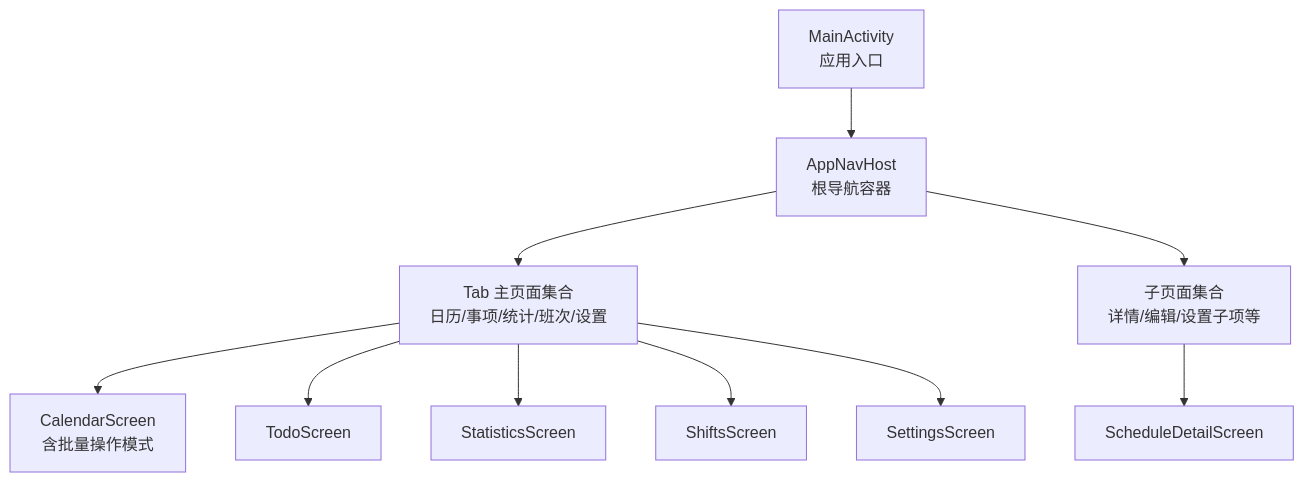
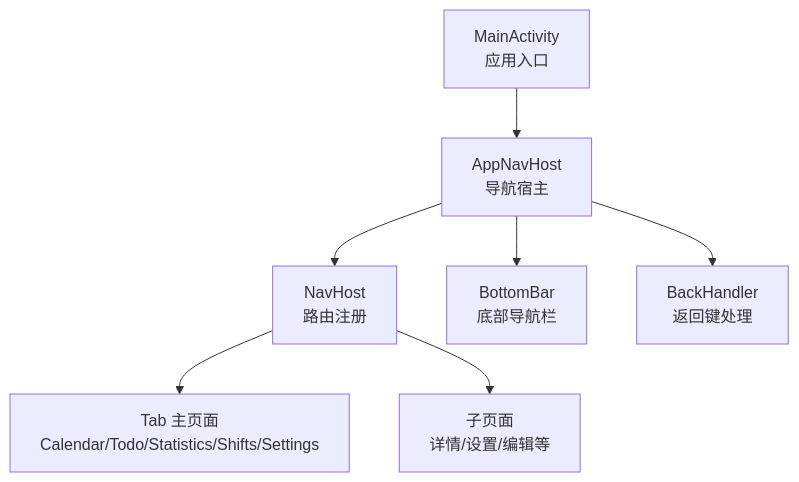
The first of 7 diagrams in .qoder/repowiki/zh/content/架构设计/导航系统设计.md (xiaobai860/paibanrili), drawn with Mermaid before and after one commit. The commit also changed other lines of this file and 245 other files, not shown here.

````diff
--- a/.qoder/repowiki/zh/content/架构设计/导航系统设计.md
+++ b/.qoder/repowiki/zh/content/架构设计/导航系统设计.md
@@ -54,12 +43,9 @@
 ```mermaid
 graph TB
-A["MainActivity<br/>应用入口"] --> B["AppNavHost<br/>根导航容器"]
-B --> C["Tab 主页面集合<br/>日历/事项/统计/班次/设置"]
-B --> D["子页面集合<br/>详情/编辑/设置子项等"]
-C --> E["CalendarScreen<br/>含批量操作模式"]
-C --> F["TodoScreen"]
-C --> G["StatisticsScreen"]
-C --> H["ShiftsScreen"]
-C --> I["SettingsScreen"]
-D --> J["ScheduleDetailScreen"]
+A["MainActivity<br/>应用入口"] --> B["AppNavHost<br/>导航宿主"]
+B --> C["NavHost<br/>路由注册"]
+C --> D["Tab 主页面<br/>Calendar/Todo/Statistics/Shifts/Settings"]
+C --> E["子页面<br/>详情/设置/编辑等"]
+B --> F["BottomBar<br/>底部导航栏"]
+B --> G["BackHandler<br/>返回键处理"]
 ```
````
